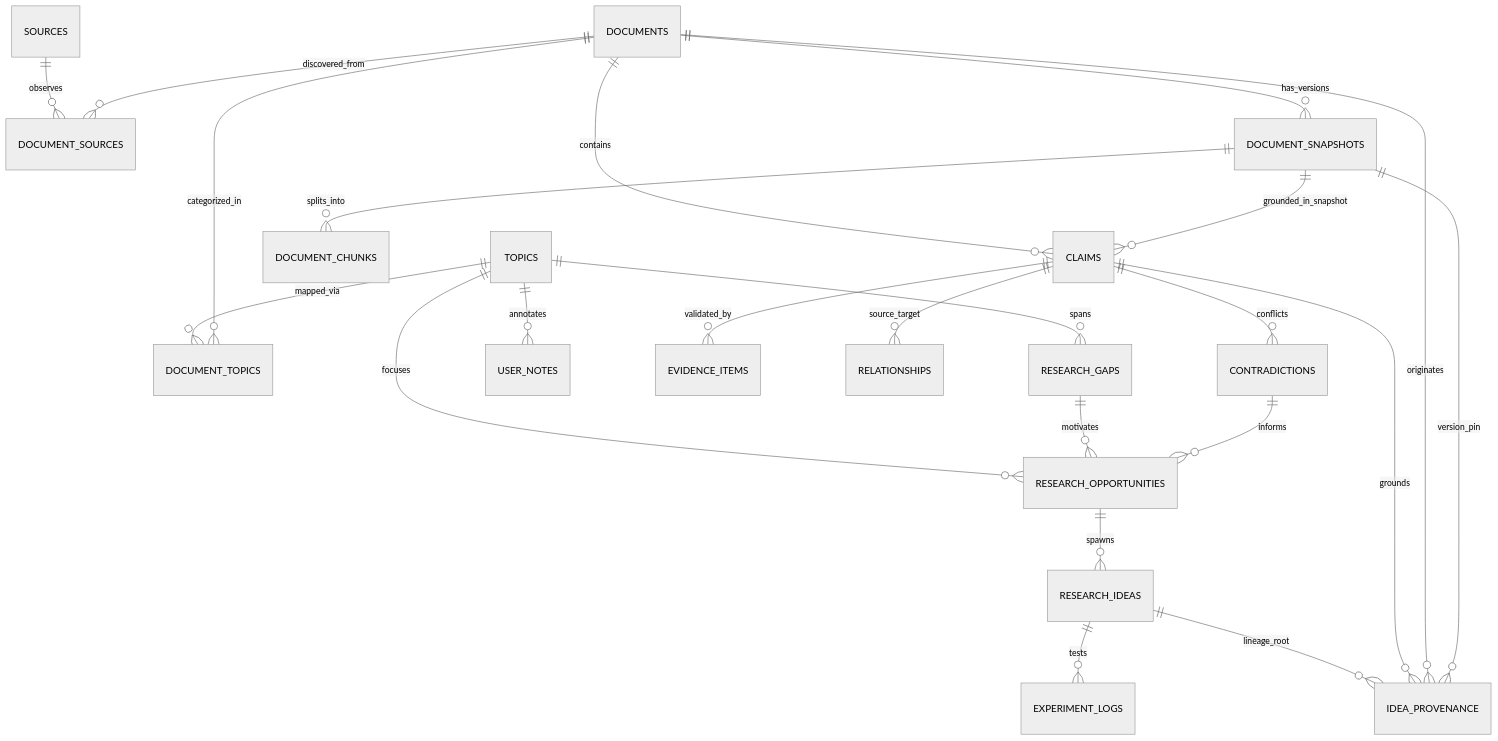
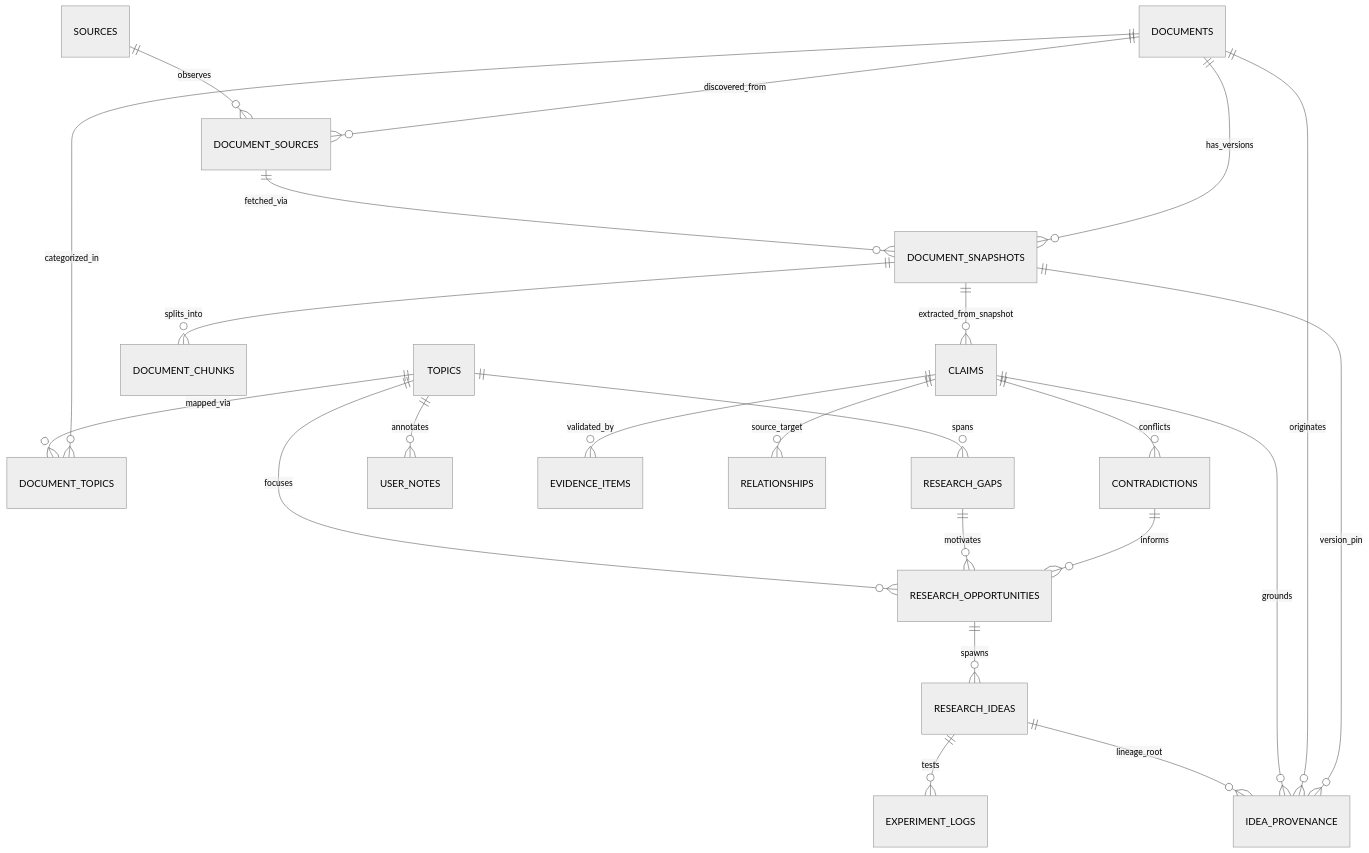
Before and after one commit to Phuchello/NCKH: the diagram in docs/DATA_MODEL.md, drawn with Mermaid (neutral theme). The commit also changed other lines of this file and 9 other files, not shown here.

Commit message:
fix(schema): G0.2 data-integrity hardening — snapshot provenance, confidence reconciliation, staged migrations

````diff
--- a/docs/DATA_MODEL.md
+++ b/docs/DATA_MODEL.md
@@ -5,31 +5,31 @@
 ```mermaid
 erDiagram
     TOPICS ||--o{ DOCUMENT_TOPICS : "mapped_via"
     DOCUMENTS ||--o{ DOCUMENT_TOPICS : "categorized_in"
     TOPICS ||--o{ RESEARCH_GAPS : "spans"
     TOPICS ||--o{ RESEARCH_OPPORTUNITIES : "focuses"
     TOPICS ||--o{ USER_NOTES : "annotates"
 
     SOURCES ||--o{ DOCUMENT_SOURCES : "observes"
     DOCUMENTS ||--o{ DOCUMENT_SOURCES : "discovered_from"
     
+    DOCUMENT_SOURCES ||--o{ DOCUMENT_SNAPSHOTS : "fetched_via"
     DOCUMENTS ||--o{ DOCUMENT_SNAPSHOTS : "has_versions"
     DOCUMENT_SNAPSHOTS ||--o{ DOCUMENT_CHUNKS : "splits_into"
-    DOCUMENTS ||--o{ CLAIMS : "contains"
-    DOCUMENT_SNAPSHOTS ||--o{ CLAIMS : "grounded_in_snapshot"
+    DOCUMENT_SNAPSHOTS ||--o{ CLAIMS : "extracted_from_snapshot"
     
     CLAIMS ||--o{ EVIDENCE_ITEMS : "validated_by"
     CLAIMS ||--o{ RELATIONSHIPS : "source_target"
     CLAIMS ||--o{ CONTRADICTIONS : "conflicts"
 
     RESEARCH_GAPS ||--o{ RESEARCH_OPPORTUNITIES : "motivates"
     CONTRADICTIONS ||--o{ RESEARCH_OPPORTUNITIES : "informs"
 
     RESEARCH_OPPORTUNITIES ||--o{ RESEARCH_IDEAS : "spawns"
     RESEARCH_IDEAS ||--o{ IDEA_PROVENANCE : "lineage_root"
     CLAIMS ||--o{ IDEA_PROVENANCE : "grounds"
     DOCUMENTS ||--o{ IDEA_PROVENANCE : "originates"
     DOCUMENT_SNAPSHOTS ||--o{ IDEA_PROVENANCE : "version_pin"
 
     RESEARCH_IDEAS ||--o{ EXPERIMENT_LOGS : "tests"
 ```
````
